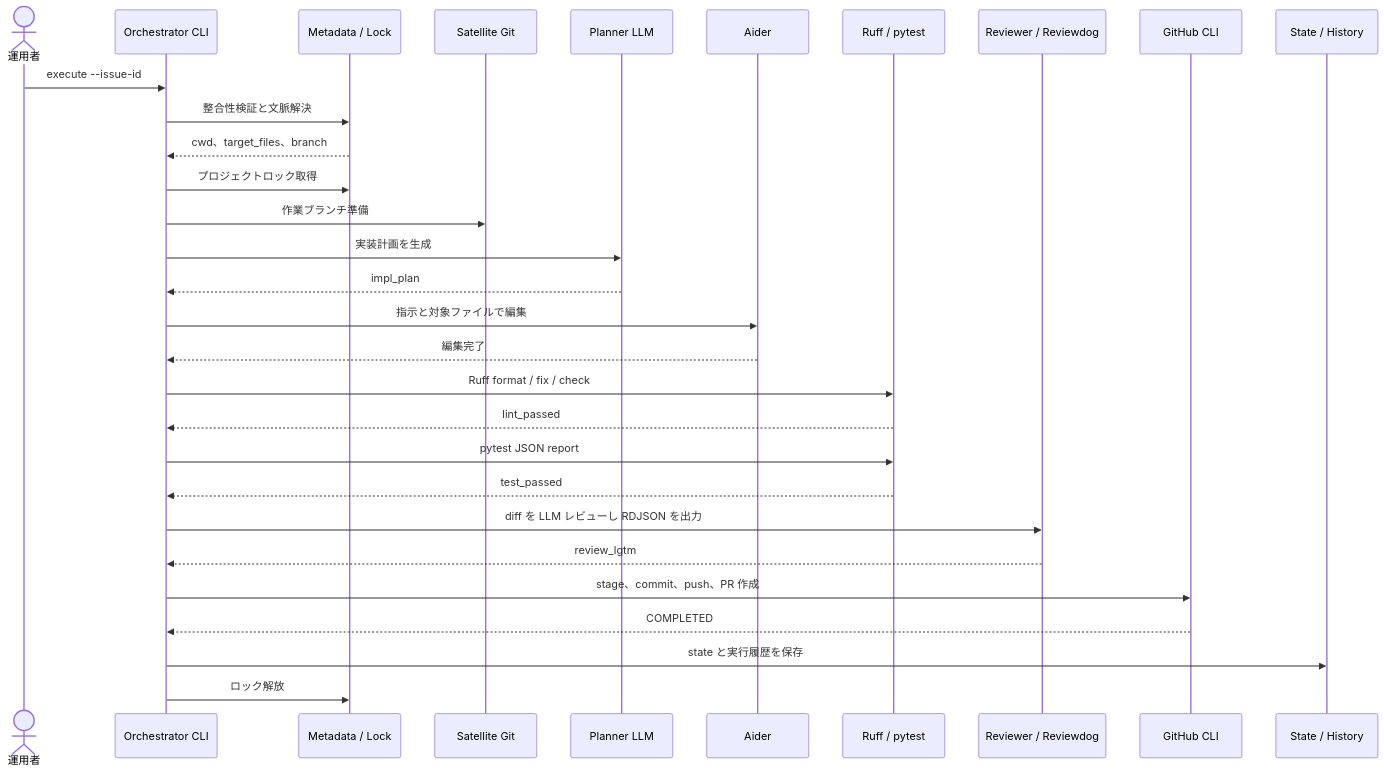
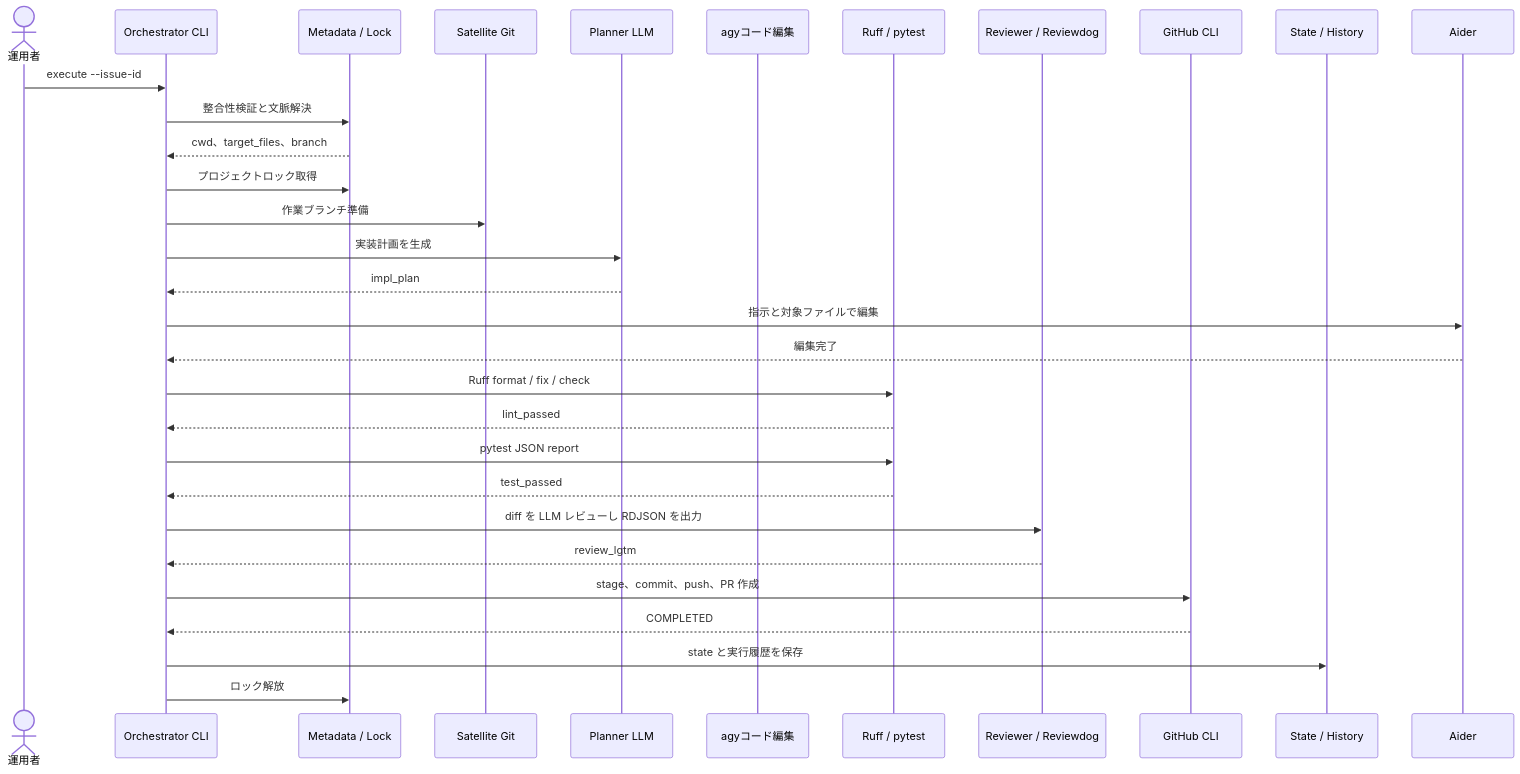
Before and after one commit to xzyozi/second-brain-graph: the second of 3 diagrams in docs/design/SBOS-DD-003_詳細設計書.md, drawn with Mermaid. The commit also changed other lines of this file and 154 other files, not shown here.

````diff
--- a/docs/design/SBOS-DD-003_詳細設計書.md
+++ b/docs/design/SBOS-DD-003_詳細設計書.md
@@ -124,33 +160,33 @@
 ```mermaid
 sequenceDiagram
     actor Operator as 運用者
     participant CLI as Orchestrator CLI
     participant Meta as Metadata / Lock
     participant Git as Satellite Git
     participant Plan as Planner LLM
-    participant Aider as Aider
+    participant Agy as agyコード編集
     participant Quality as Ruff / pytest
     participant Review as Reviewer / Reviewdog
     participant PR as GitHub CLI
     participant Audit as State / History
 
     Operator->>CLI: execute --issue-id
     CLI->>Meta: 整合性検証と文脈解決
     Meta-->>CLI: cwd、target_files、branch
     CLI->>Meta: プロジェクトロック取得
     CLI->>Git: 作業ブランチ準備
     CLI->>Plan: 実装計画を生成
     Plan-->>CLI: impl_plan
     CLI->>Aider: 指示と対象ファイルで編集
     Aider-->>CLI: 編集完了
     CLI->>Quality: Ruff format / fix / check
     Quality-->>CLI: lint_passed
     CLI->>Quality: pytest JSON report
     Quality-->>CLI: test_passed
     CLI->>Review: diff を LLM レビューし RDJSON を出力
     Review-->>CLI: review_lgtm
     CLI->>PR: stage、commit、push、PR 作成
     PR-->>CLI: COMPLETED
     CLI->>Audit: state と実行履歴を保存
     CLI->>Meta: ロック解放
 ```
````
